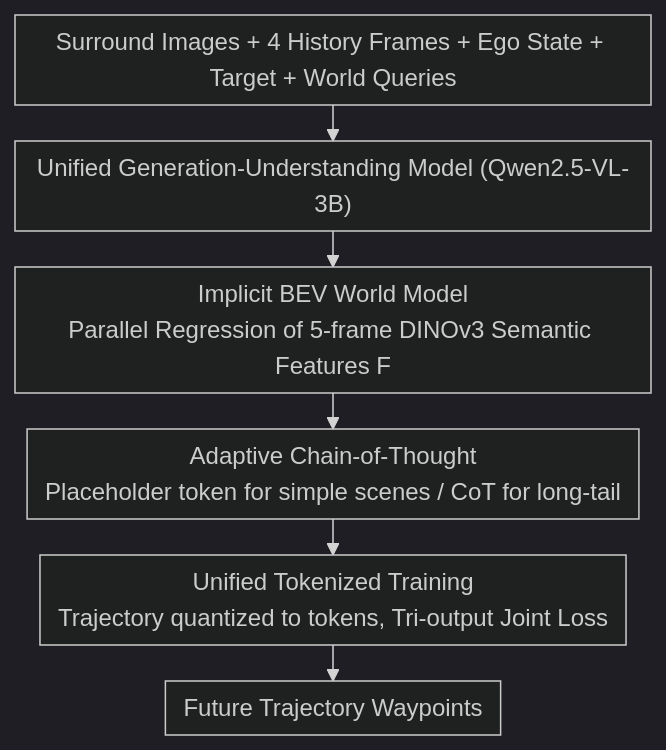
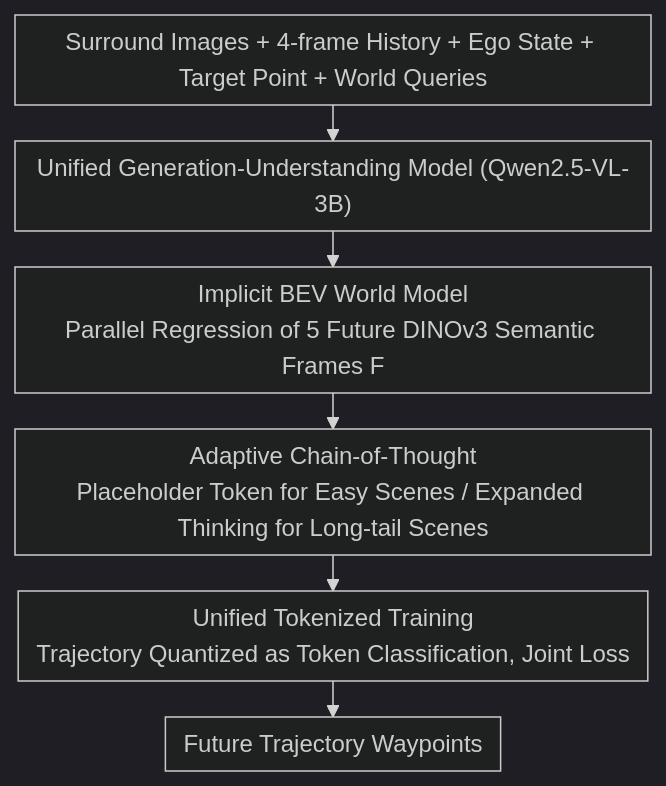
Before and after one commit to zhaoyang97/Paper-Notes-en: the diagram in docs/ICML2026/autonomous_driving/deepsight_long-horizon_world_modeling_via_latent_states_prediction_for_end-to-en.md, drawn with Mermaid (dark theme). The commit also changed other lines of this file and 5084 other files, not shown here.

````diff
--- a/docs/ICML2026/autonomous_driving/deepsight_long-horizon_world_modeling_via_latent_states_prediction_for_end-to-en.md
+++ b/docs/ICML2026/autonomous_driving/deepsight_long-horizon_world_modeling_via_latent_states_prediction_for_end-to-en.md
@@ -42,9 +42,9 @@
 ```mermaid
 %%{init: {'flowchart': {'rankSpacing': 24, 'nodeSpacing': 28, 'padding': 6, 'wrappingWidth': 400}}}%%
 flowchart TD
-    I["Surround Images + 4 History Frames + Ego State + Target + World Queries"] --> M["Unified Generation-Understanding Model (Qwen2.5-VL-3B)"]
-    M --> W["Implicit BEV World Model<br/>Parallel Regression of 5-frame DINOv3 Semantic Features F"]
-    W --> C["Adaptive Chain-of-Thought<br/>Placeholder token for simple scenes / CoT for long-tail"]
-    C --> P["Unified Tokenized Training<br/>Trajectory quantized to tokens, Tri-output Joint Loss"]
+    I["Surround Images + 4-frame History + Ego State + Target Point + World Queries"] --> M["Unified Generation-Understanding Model (Qwen2.5-VL-3B)"]
+    M --> W["Implicit BEV World Model<br/>Parallel Regression of 5 Future DINOv3 Semantic Frames F"]
+    W --> C["Adaptive Chain-of-Thought<br/>Placeholder Token for Easy Scenes / Expanded Thinking for Long-tail Scenes"]
+    C --> P["Unified Tokenized Training<br/>Trajectory Quantized as Token Classification, Joint Loss"]
     P --> O["Future Trajectory Waypoints"]
 ```
````
